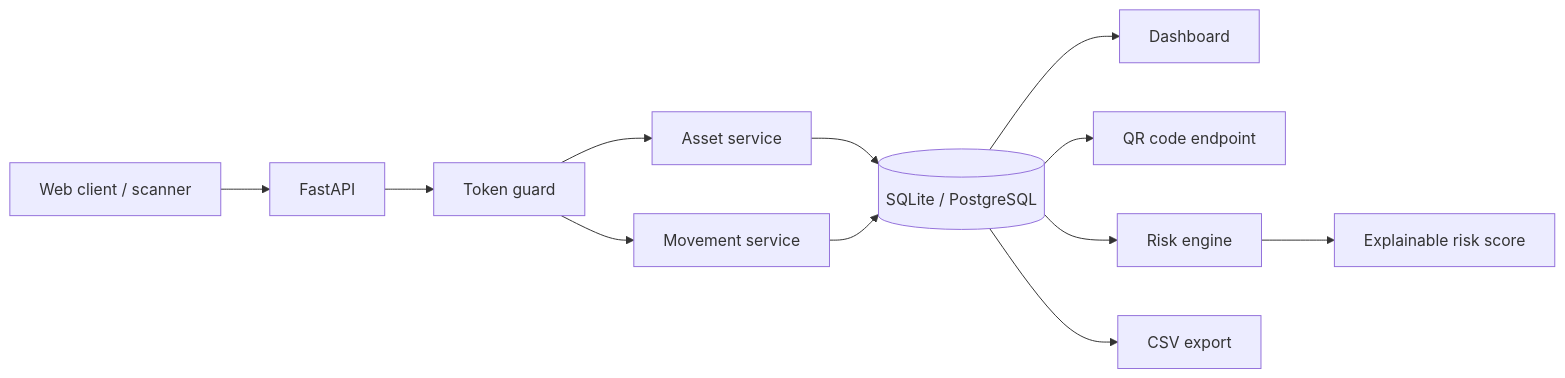
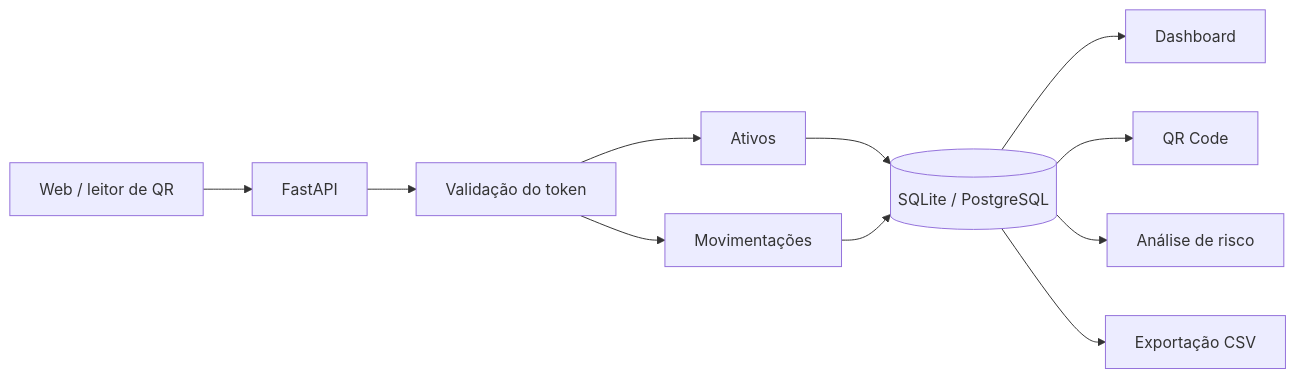
The diagram in docs/ARCHITECTURE.md (Clebin0/smart-inventory), drawn with Mermaid before and after one commit. The commit also changed other lines of this file, not shown here.

Commit message:
docs: simplify architecture notes

````diff
--- a/docs/ARCHITECTURE.md
+++ b/docs/ARCHITECTURE.md
@@ -9,14 +5,13 @@
 ```mermaid
 flowchart LR
-    A[Web client / scanner] --> B[FastAPI]
-    B --> C[Token guard]
-    C --> D[Asset service]
-    C --> E[Movement service]
+    A[Web / leitor de QR] --> B[FastAPI]
+    B --> C[Validação do token]
+    C --> D[Ativos]
+    C --> E[Movimentações]
     D --> F[(SQLite / PostgreSQL)]
     E --> F
     F --> G[Dashboard]
-    F --> H[QR code endpoint]
-    F --> I[Risk engine]
-    I --> J[Explainable risk score]
-    F --> K[CSV export]
+    F --> H[QR Code]
+    F --> I[Análise de risco]
+    F --> J[Exportação CSV]
 ```
````
